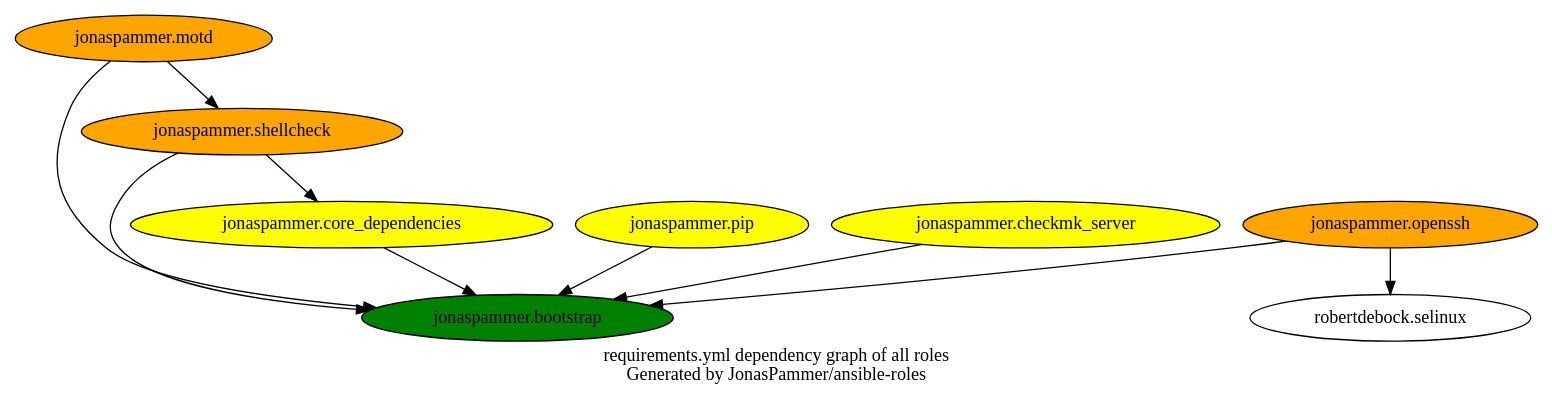
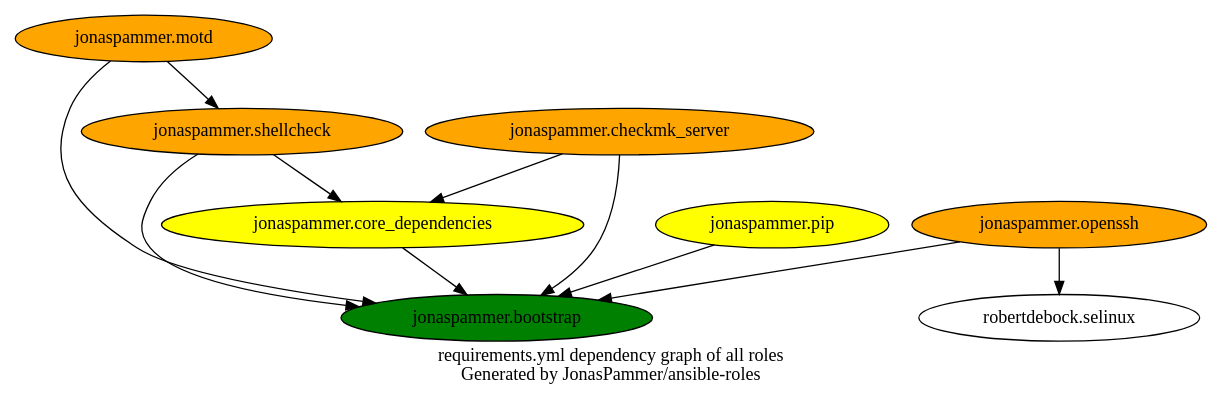
The diagram in graphs/dependencies_ALL.dot (JonasPammer/ansible-roles), drawn with Graphviz before and after one commit. The commit also changed 5 other files, not shown here.

```diff
--- a/graphs/dependencies_ALL.dot
+++ b/graphs/dependencies_ALL.dot
@@ -1,21 +1,21 @@
 digraph hierarchy {
   label = "requirements.yml dependency graph of all roles \n Generated by JonasPammer/ansible-roles" ;
 
   {
     "jonaspammer.bootstrap" [fillcolor=green style=filled]
     "jonaspammer.core_dependencies" [fillcolor=yellow style=filled]
     "jonaspammer.motd" [fillcolor=orange style=filled]
     "jonaspammer.openssh" [fillcolor=orange style=filled]
     "jonaspammer.pip" [fillcolor=yellow style=filled]
     "jonaspammer.shellcheck" [fillcolor=orange style=filled]
-    "jonaspammer.checkmk_server" [fillcolor=yellow style=filled]
+    "jonaspammer.checkmk_server" [fillcolor=orange style=filled]
   }
 
 
   "jonaspammer.core_dependencies" -> {"jonaspammer.bootstrap"}
   "jonaspammer.motd" -> {"jonaspammer.bootstrap" "jonaspammer.shellcheck"}
   "jonaspammer.openssh" -> {"jonaspammer.bootstrap" "robertdebock.selinux"}
   "jonaspammer.pip" -> {"jonaspammer.bootstrap"}
   "jonaspammer.shellcheck" -> {"jonaspammer.bootstrap" "jonaspammer.core_dependencies"}
-  "jonaspammer.checkmk_server" -> {"jonaspammer.bootstrap"}
+  "jonaspammer.checkmk_server" -> {"jonaspammer.bootstrap" "jonaspammer.core_dependencies"}
 }
```
